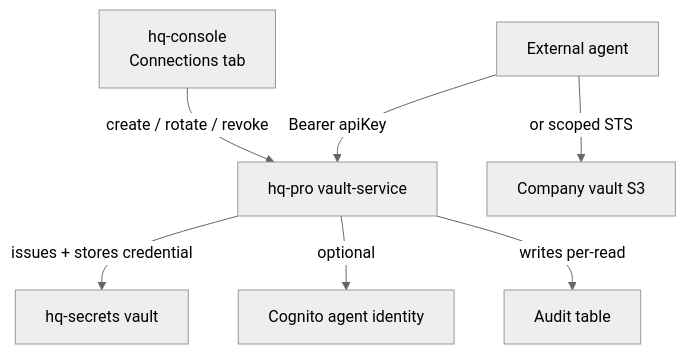
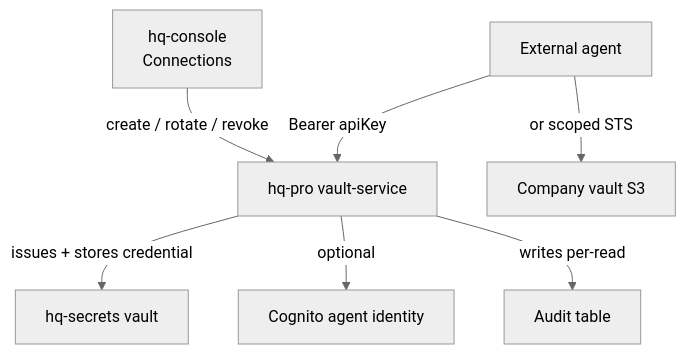
One commit to indigoai-us/indigo-docs changed the diagram in src/content/docs/hq/products/capabilities/external-connections.mdx. Above: the diagram before and after it, drawn with Mermaid (neutral theme). The commit also changed other lines of this file and 92 other files, not shown here.

````diff
--- a/src/content/docs/hq/products/capabilities/external-connections.mdx
+++ b/src/content/docs/hq/products/capabilities/external-connections.mdx
@@ -80,9 +80,9 @@
 ```mermaid
 graph TD
-    console["hq-console<br/>Connections tab"] -->|create / rotate / revoke| pro["hq-pro vault-service"]
+    console["hq-console<br/>Connections"] -->|create / rotate / revoke| pro["hq-pro vault-service"]
     pro -->|issues + stores credential| vault["hq-secrets vault"]
     pro -->|optional| cognito["Cognito agent identity"]
     agent["External agent"] -->|Bearer apiKey| pro
     agent -->|or scoped STS| s3["Company vault S3"]
     pro -->|writes per-read| audit["Audit table"]
 ```
````
